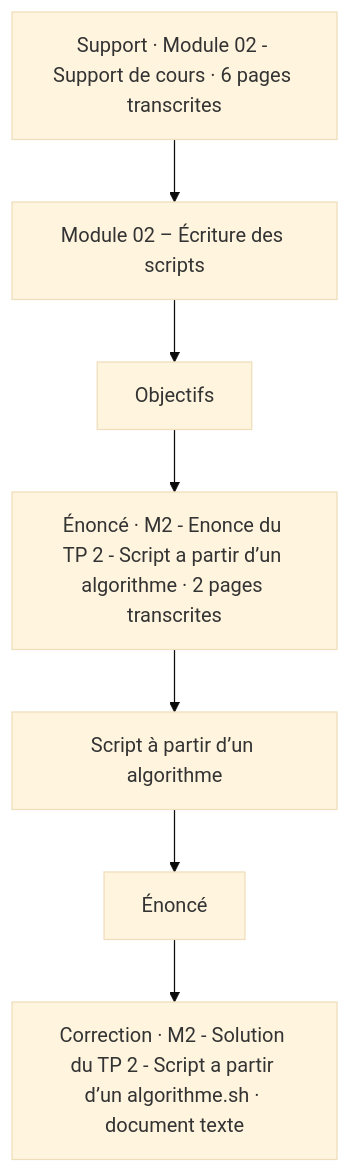
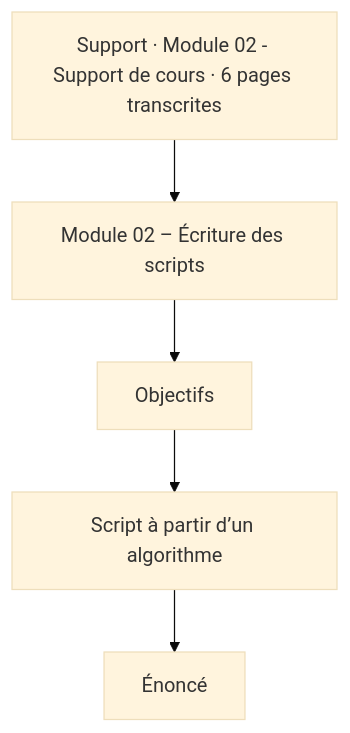
Before and after one commit to sk34pk25/tssr-cours: the first of 3 diagrams in docs/modules/11-initiation-scripting-bash/module-02-ecriture-des-scripts.md, drawn with Mermaid (base theme). The commit also changed other lines of this file and 108 other files, not shown here.

````diff
--- a/docs/modules/11-initiation-scripting-bash/module-02-ecriture-des-scripts.md
+++ b/docs/modules/11-initiation-scripting-bash/module-02-ecriture-des-scripts.md
@@ -17,16 +17,12 @@
 ```mermaid
 flowchart TD
     N1["Support · Module 02 - Support de cours · 6 pages transcrites"]
     N2["Module 02 – Écriture des scripts"]
     N3["Objectifs"]
-    N4["Énoncé · M2 - Enonce du TP 2 - Script a partir d’un algorithme · 2 pages transcrites"]
     N5["Script à partir d’un algorithme"]
     N6["Énoncé"]
-    N7["Correction · M2 - Solution du TP 2 - Script a partir d’un algorithme.sh · document texte"]
     N1 --> N2
     N2 --> N3
-    N3 --> N4
-    N4 --> N5
+    N3 --> N5
     N5 --> N6
-    N6 --> N7
 ```
````
